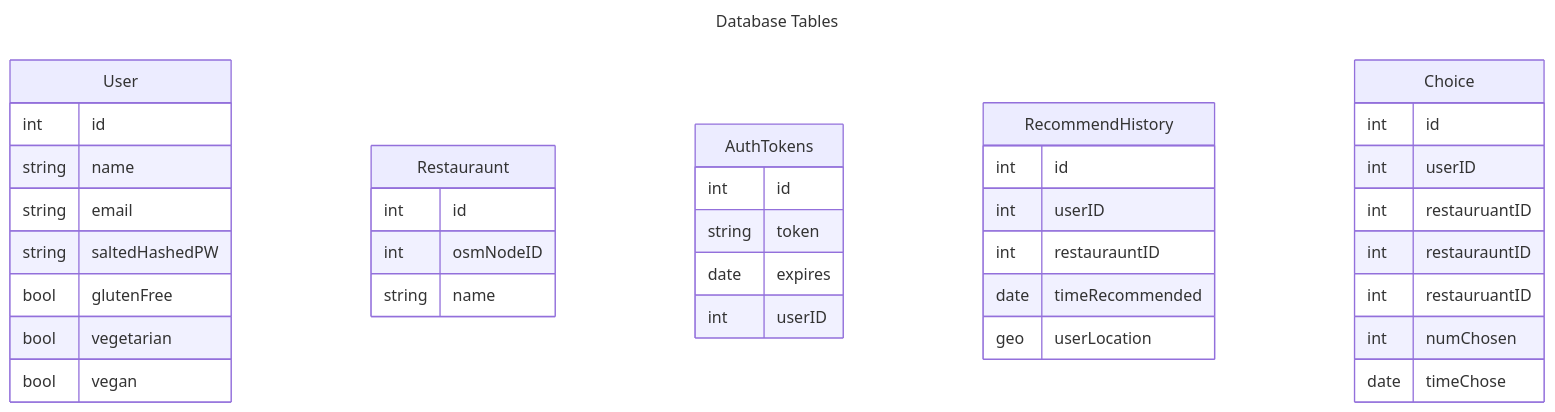
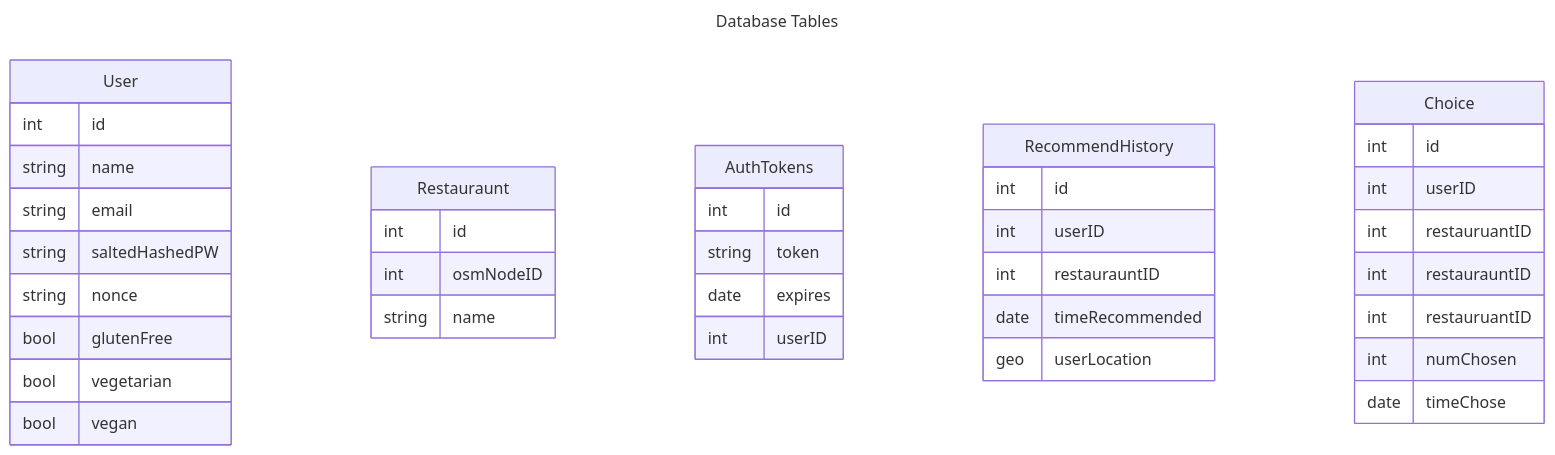
Before and after one commit to H6NG/FlavourFinder: the diagram in backend/dbDocs/db_tables.md, drawn with Mermaid.

Commit message:
added nonce to database table

````diff
--- a/backend/dbDocs/db_tables.md
+++ b/backend/dbDocs/db_tables.md
@@ -6,42 +6,43 @@
 ```mermaid
 ---
 title: Database Tables
 ---
 erDiagram
     User {
     	int		id
         string	name
         string	email
         string	saltedHashedPW
+        string  nonce
         bool	glutenFree
         bool	vegetarian
         bool	vegan
     }
 	Restauraunt {
     	int 	id
 		int		osmNodeID
         string	name
     }
     AuthTokens {
     	int		id
         string	token
         date	expires
         int		userID
     }
 	RecommendHistory {
     	int		id
         int		userID
         int		restaurauntID
         date	timeRecommended
         geo		userLocation
     }
     Choice {
         int 	id
         int		userID
         int		restauruantID
         int		restaurauntID
         int		restauruantID
         int		numChosen
         date	timeChose
     }
 ```
````
